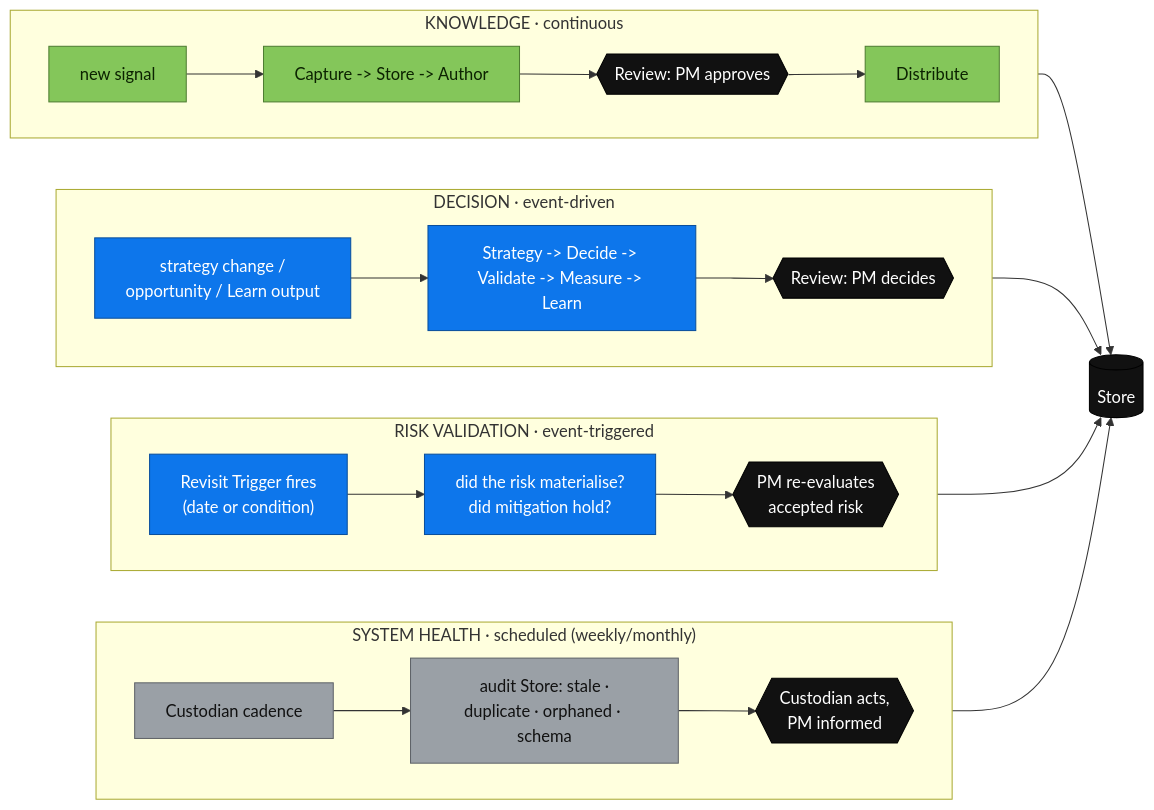
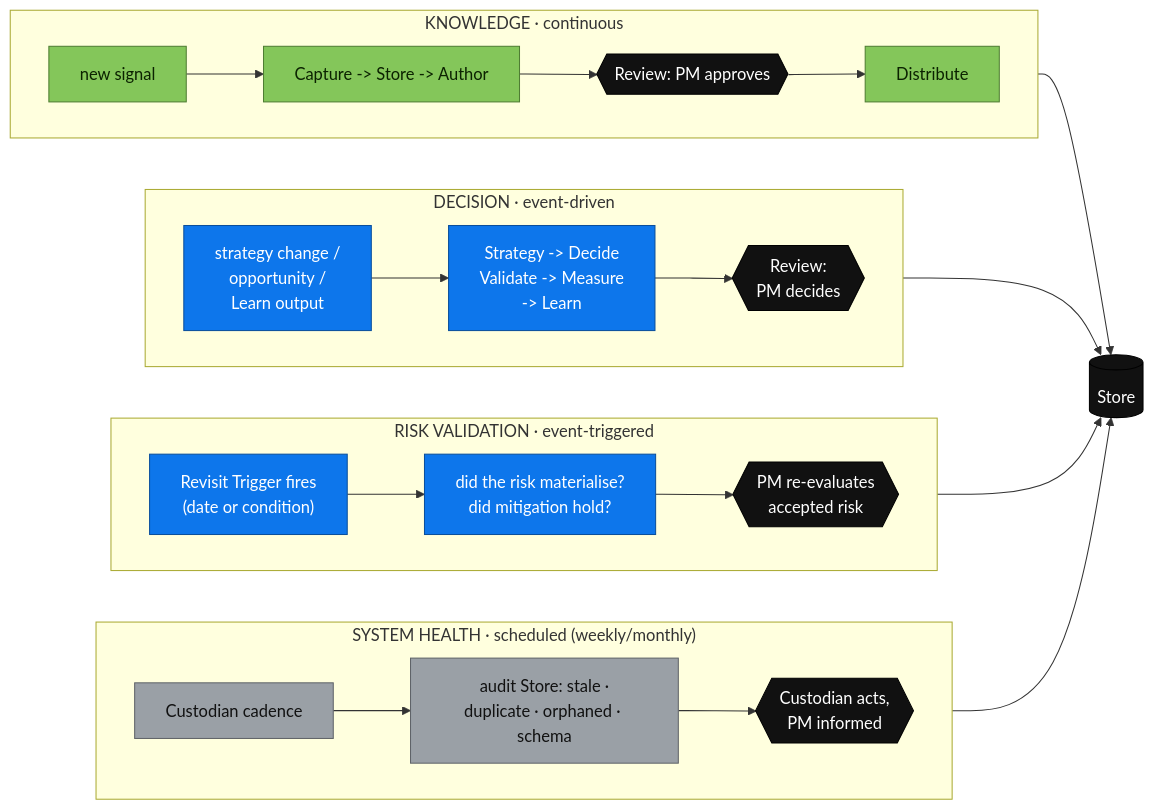
Before and after one commit to jesscancode/ai-product-framework: the third of 9 diagrams in README.md, drawn with Mermaid. The commit also changed other lines of this file, not shown here.

````diff
--- a/README.md
+++ b/README.md
@@ -250,29 +255,29 @@
 ```mermaid
 flowchart LR
     subgraph K["KNOWLEDGE  · continuous"]
         direction LR
         k1["new signal"]:::green --> k2["Capture -> Store -> Author"]:::green --> k3{{"Review: PM approves"}}:::hub --> k4["Distribute"]:::green
     end
     subgraph D["DECISION  · event-driven"]
         direction LR
-        d1["strategy change /<br/>opportunity / Learn output"]:::blue --> d2["Strategy -> Decide -> Validate -> Measure -> Learn"]:::blue --> d3{{"Review: PM decides"}}:::hub
+        d1["strategy change /<br/>opportunity /<br/>Learn output"]:::blue --> d2["Strategy -> Decide<br/>Validate -> Measure<br/>-> Learn"]:::blue --> d3{{"Review:<br/>PM decides"}}:::hub
     end
     subgraph R["RISK VALIDATION  · event-triggered"]
         direction LR
         r1["Revisit Trigger fires<br/>(date or condition)"]:::blue --> r2["did the risk materialise?<br/>did mitigation hold?"]:::blue --> r3{{"PM re-evaluates<br/>accepted risk"}}:::hub
     end
     subgraph S["SYSTEM HEALTH  · scheduled (weekly/monthly)"]
         direction LR
         s1["Custodian cadence"]:::infra --> s2["audit Store: stale ·<br/>duplicate · orphaned · schema"]:::infra --> s3{{"Custodian acts,<br/>PM informed"}}:::hub
     end
 
     K --> HUB[("Store")]:::hub
     D --> HUB
     R --> HUB
     S --> HUB
 
     classDef green fill:#84c65a,stroke:#4f7d33,color:#0b2200;
     classDef blue fill:#0d76eb,stroke:#0a4f9c,color:#ffffff;
     classDef hub fill:#111111,stroke:#000000,color:#ffffff;
     classDef infra fill:#9aa0a6,stroke:#5f6368,color:#111111;
 ```
````
